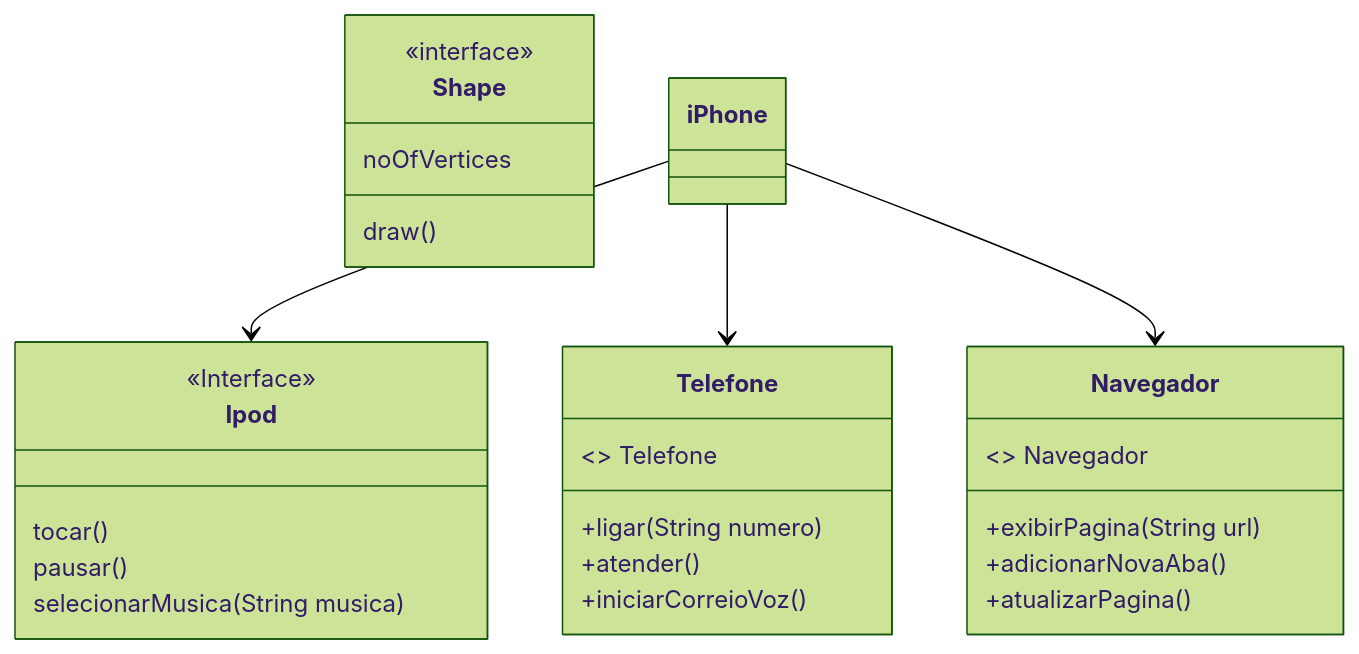
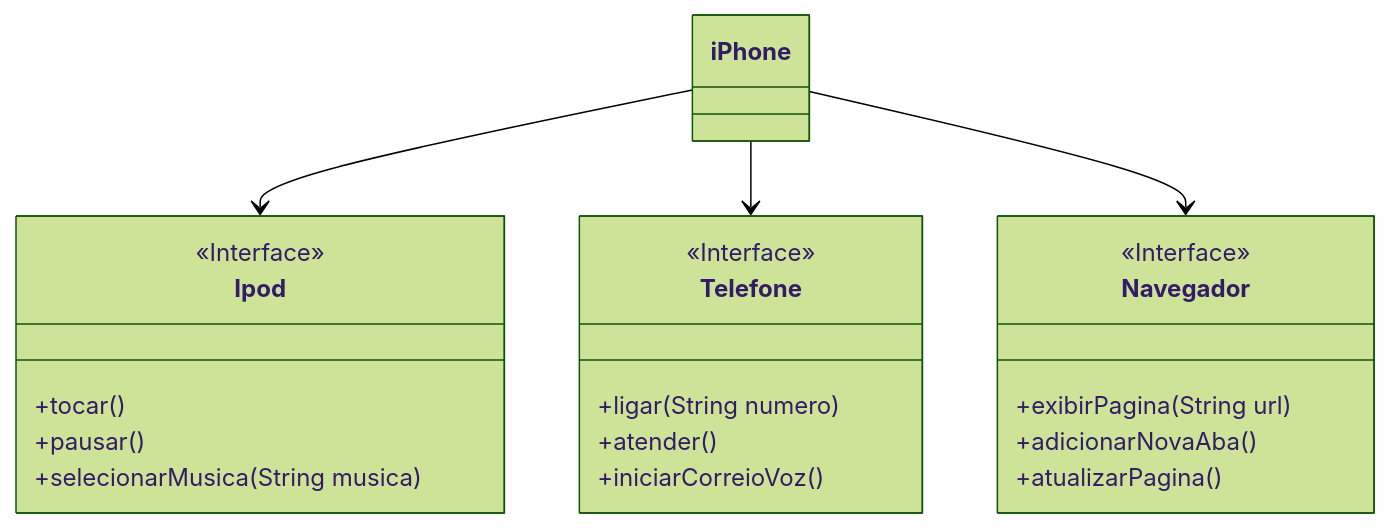
One commit to ericamila/iphone-uml changed the diagram in README.md. Above: the diagram before and after it, drawn with Mermaid (forest theme).

````diff
--- a/README.md
+++ b/README.md
@@ -19,37 +19,32 @@
 ```mermaid
 classDiagram
-    class Shape{
-        <<interface>>
-        noOfVertices
-        draw()
-    }
     
     class Ipod {
         <<Interface>>
-        tocar()
-        pausar()
-        selecionarMusica(String musica)
+        +tocar()
+        +pausar()
+        +selecionarMusica(String musica)
     }
 
     class Telefone {
-        <<Interface>> Telefone
+        <<Interface>> 
         +ligar(String numero)
         +atender()
         +iniciarCorreioVoz()
     }
 
     class Navegador {
-        <<Interface>> Navegador
+        <<Interface>> 
         +exibirPagina(String url)
         +adicionarNovaAba()
         +atualizarPagina()
     }
 
     class iPhone {
     
     }
 
     iPhone --> Ipod
     iPhone --> Telefone
     iPhone --> Navegador
 ```
````
